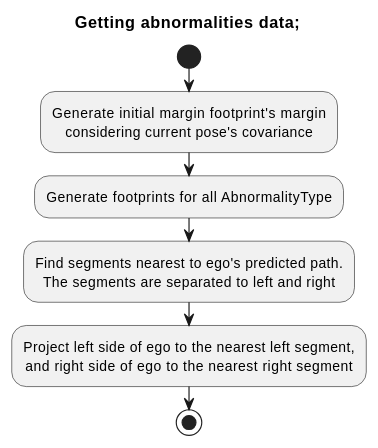
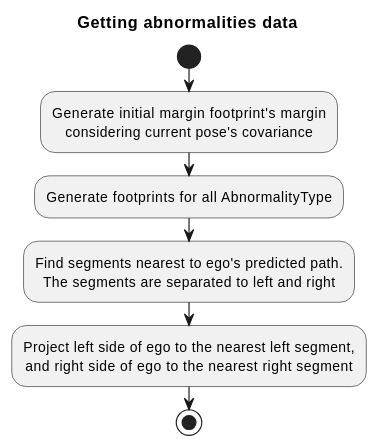
Before and after one commit to zulfaqar-azmi-t4/autoware.universe: the second of 2 diagrams in planning/motion_velocity_planner/autoware_motion_velocity_boundary_departure_prevention_module/README.md, drawn with PlantUML. The commit also changed other lines of this file and 4 other files, not shown here.

````diff
--- a/planning/motion_velocity_planner/autoware_motion_velocity_boundary_departure_prevention_module/README.md
+++ b/planning/motion_velocity_planner/autoware_motion_velocity_boundary_departure_prevention_module/README.md
@@ -118,15 +146,15 @@
 ```plantuml
 @startuml
 skinparam defaultTextAlignment center
 skinparam backgroundColor #WHITE
 
-title Getting abnormalities data;
+title Getting abnormalities data
 start
 :Generate initial margin footprint's margin\nconsidering current pose's covariance;
 :Generate footprints for all AbnormalityType;
 :Find segments nearest to ego's predicted path.\nThe segments are separated to left and right;
 :Project left side of ego to the nearest left segment,\nand right side of ego to the nearest right segment;
 
 stop
 @enduml
 ```
````
